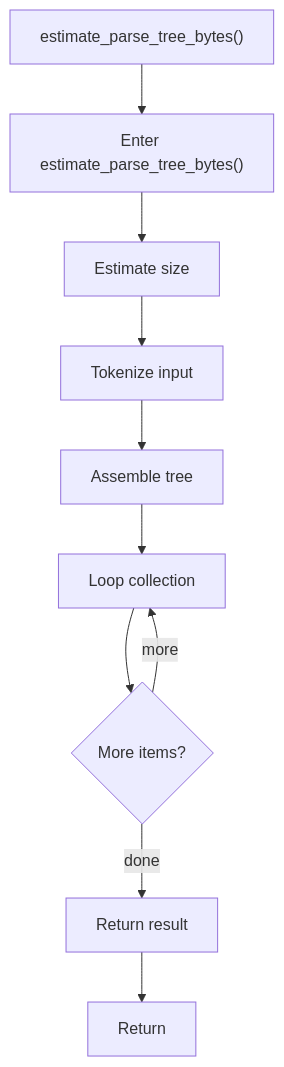
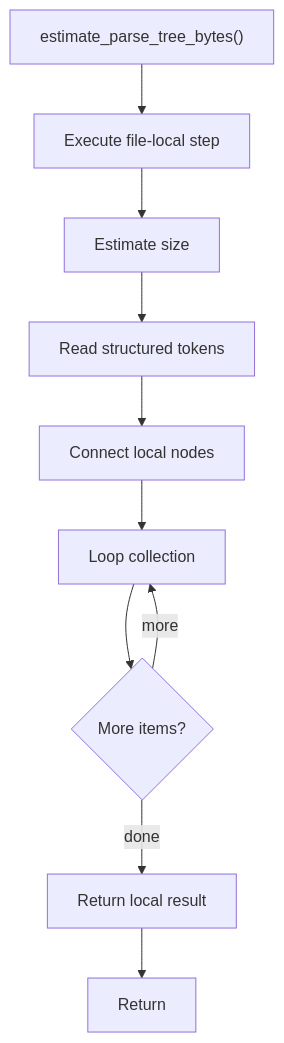
The diagram in docs/Codebase/Microservice/Modules/Source/OutputGeneration/UnitTestGeneration/estimate_parse_tree_bytes.cpp.md (JohnAndrewBalbarosa/NeoTerritory), drawn with Mermaid before and after one commit. The commit also changed other lines of this file and 915 other files, not shown here.

````diff
--- a/docs/Codebase/Microservice/Modules/Source/OutputGeneration/UnitTestGeneration/estimate_parse_tree_bytes.cpp.md
+++ b/docs/Codebase/Microservice/Modules/Source/OutputGeneration/UnitTestGeneration/estimate_parse_tree_bytes.cpp.md
@@ -20,21 +20,21 @@
 ```mermaid
 flowchart TD
     Start["estimate_parse_tree_bytes()"]
-    N0["Enter estimate_parse_tree_bytes()"]
+    N0["Execute file-local step"]
     N1["Estimate size"]
-    N2["Tokenize input"]
-    N3["Assemble tree"]
+    N2["Read structured tokens"]
+    N3["Connect local nodes"]
     N4["Loop collection"]
     L4{"More items?"}
-    N5["Return result"]
+    N5["Return local result"]
     End["Return"]
     Start --> N0
     N0 --> N1
     N1 --> N2
     N2 --> N3
     N3 --> N4
     N4 --> L4
     L4 -->|more| N4
     L4 -->|done| N5
     N5 --> End
 ```
````
